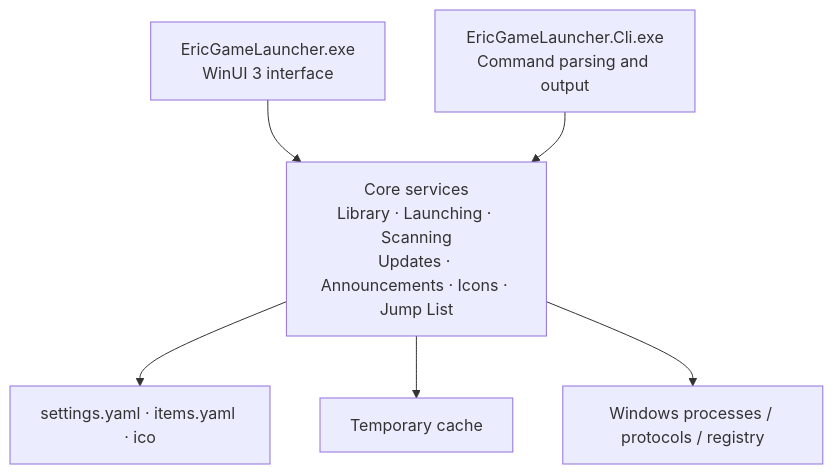
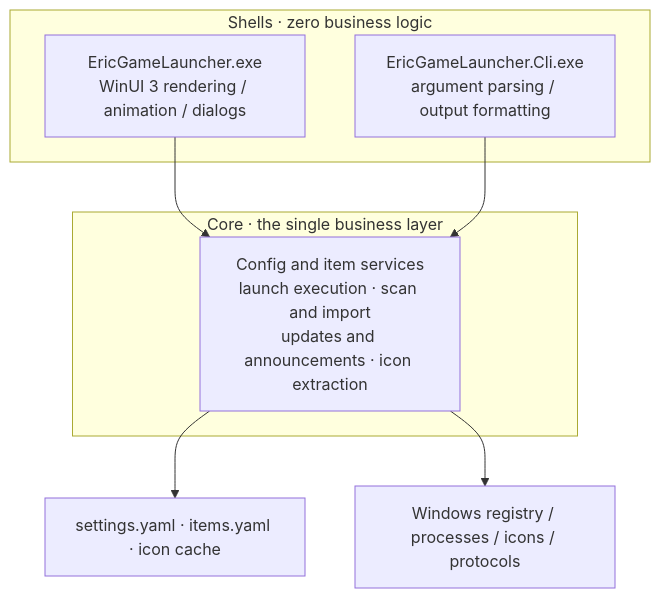
One commit to EricZhang233/EricGameLauncher changed the diagram in .github/readme_res/readme_en.md. Above: the diagram before and after it, drawn with Mermaid. The commit also changed other lines of this file and 4 other files, not shown here.

````diff
--- a/.github/readme_res/readme_en.md
+++ b/.github/readme_res/readme_en.md
@@ -201,11 +203,14 @@
 ```mermaid
 flowchart TB
-    GUI["EricGameLauncher.exe<br/>WinUI 3 interface"]
-    CLI["EricGameLauncher.Cli.exe<br/>Command parsing and output"]
-    CORE["Core services<br/>Library · Launching · Scanning<br/>Updates · Announcements · Icons · Jump List"]
-    GUI --> CORE
-    CLI --> CORE
-    CORE --> DATA["settings.yaml · items.yaml · ico"]
-    CORE --> CACHE["Temporary cache"]
-    CORE --> OS["Windows processes / protocols / registry"]
+    subgraph Shell["Shells · zero business logic"]
+        GUI["EricGameLauncher.exe<br/>WinUI 3 rendering / animation / dialogs"]
+        CLI["EricGameLauncher.Cli.exe<br/>argument parsing / output formatting"]
+    end
+    subgraph Core["Core · the single business layer"]
+        SVC["Config and item services<br/>launch execution · scan and import<br/>updates and announcements · icon extraction"]
+    end
+    GUI --> SVC
+    CLI --> SVC
+    SVC --> DATA["settings.yaml · items.yaml · icon cache"]
+    SVC --> OS["Windows registry / processes / icons / protocols"]
 ```
````
